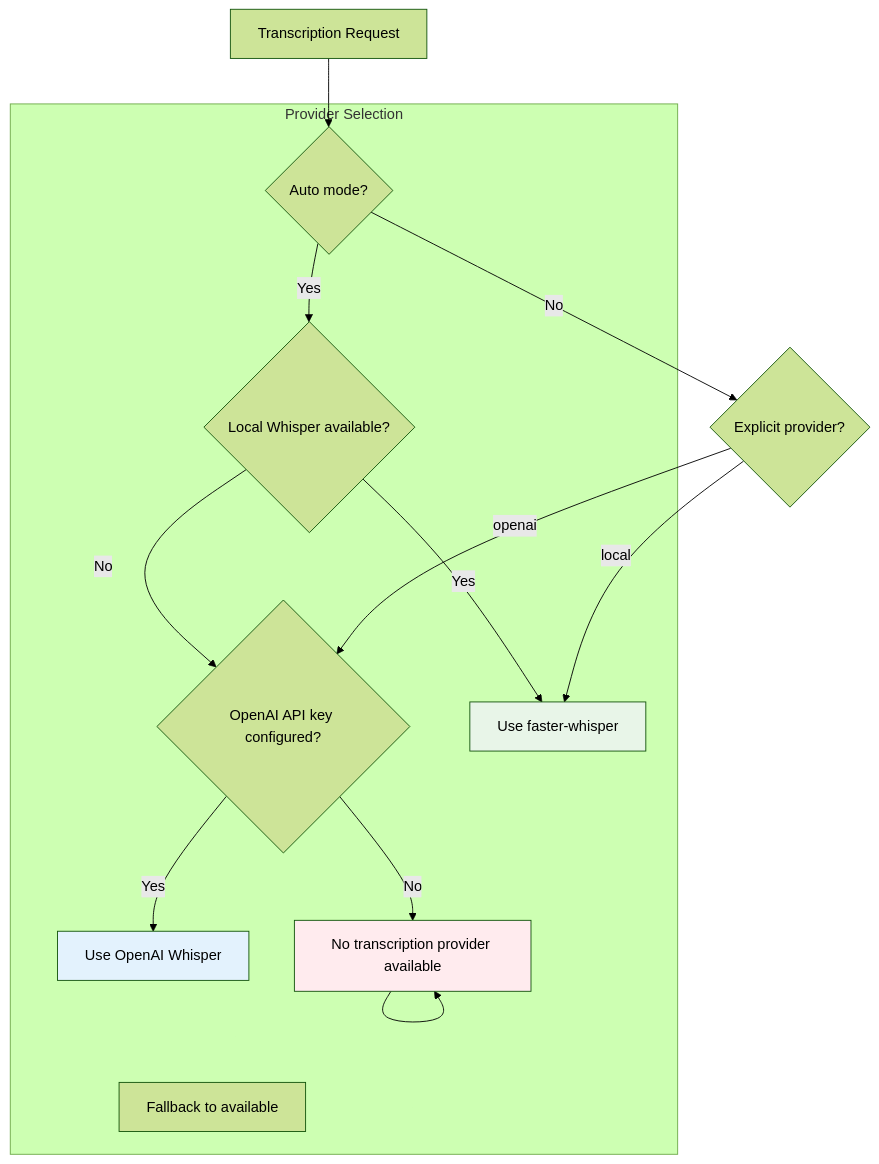
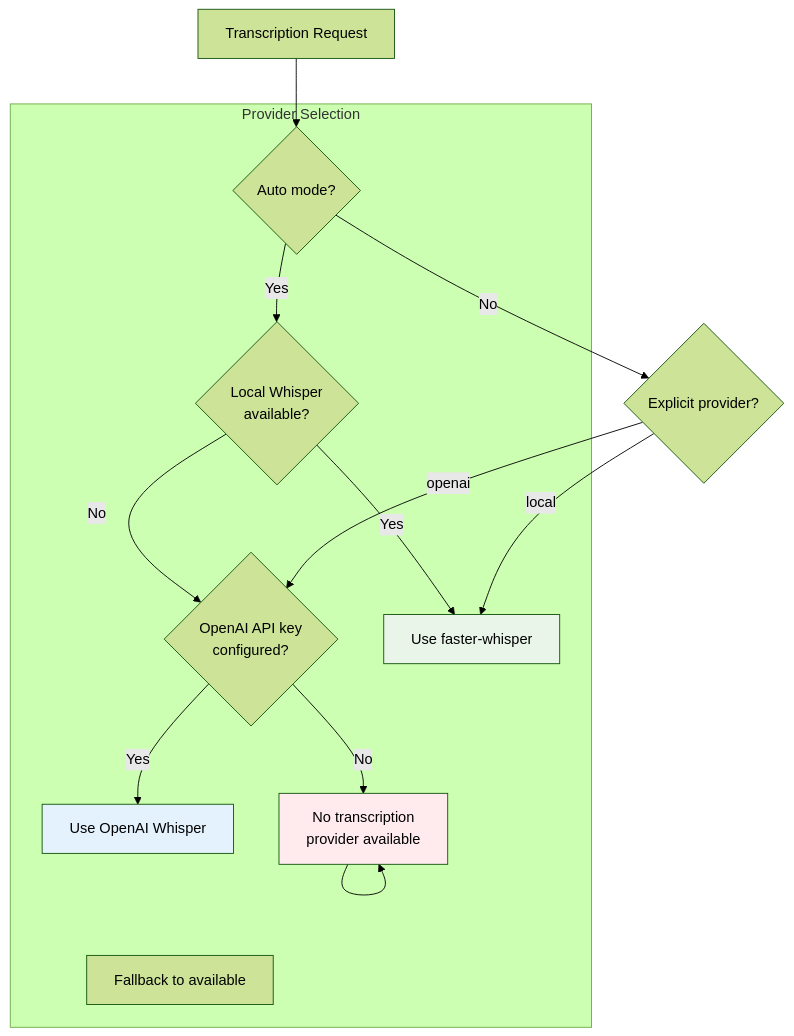
Before and after one commit to bradsjm/broadcastify-calls: the seventh of 8 diagrams in README.md, drawn with Mermaid (forest theme). The commit also changed other lines of this file, not shown here.

````diff
--- a/README.md
+++ b/README.md
@@ -799,31 +799,31 @@
 ```mermaid
 flowchart TD
     START[Transcription Request]
 
     subgraph "Provider Selection"
         AUTO{Auto mode?}
-        LOCAL{Local Whisper available?}
-        API_KEY{OpenAI API key configured?}
+        LOCAL{Local Whisper<br/>available?}
+        API_KEY{OpenAI API key<br/>configured?}
         USE_LOCAL[Use faster-whisper]
         USE_OPENAI[Use OpenAI Whisper]
         FALLBACK[Fallback to available]
-        ERROR[No transcription provider available]
+        ERROR[No transcription<br/>provider available]
     end
 
     START --> AUTO
     AUTO -->|Yes| LOCAL
     AUTO -->|No| PROVIDER_CHECK{Explicit provider?}
     LOCAL -->|Yes| USE_LOCAL
     LOCAL -->|No| API_KEY
     API_KEY -->|Yes| USE_OPENAI
     API_KEY -->|No| ERROR
 
     PROVIDER_CHECK -->|local| USE_LOCAL
     PROVIDER_CHECK -->|openai| API_KEY
 
     ERROR --> ERROR
 
     style USE_LOCAL fill:#e8f5e8
     style USE_OPENAI fill:#e3f2fd
     style ERROR fill:#ffebee
 ```
````
